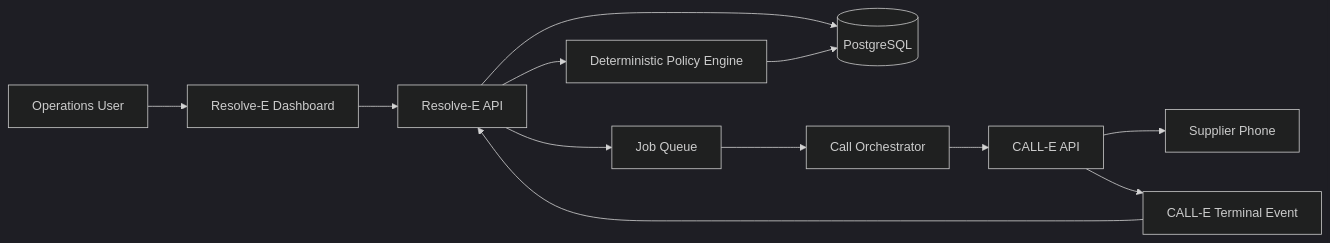
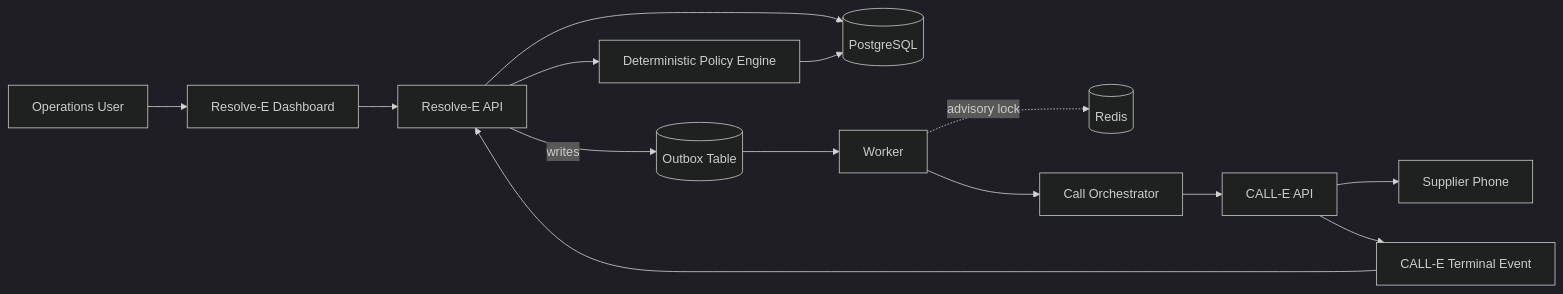
One commit to Unknown1502/resolve-e-calle changed the first of 5 diagrams in docs/architecture/diagrams.md. Above: the diagram before and after it, drawn with Mermaid (dark theme). The commit also changed other lines of this file and 1 other file, not shown here.

Commit message:
Replace README's ASCII architecture diagram with a rendered Mermaid one
GitHub renders Mermaid natively, so the plain-text box diagram in
Architecture never showed as an actual picture. Rebuilt it as a Mermaid
flowchart with the same components and added the two paths the ASCII
version compressed into unlabeled corners: the outbox write and the
webhook/reconcile back-edges into CALL-E.

While rebuilding it, cross-checked against workers/runner.py and found
the existing docs/architecture/diagrams.md system-context diagram
mislabels Redis as the job queue. It isn't: the outbox table is the
queue, written in the same transaction as the state change that
produced it, which a Redis-backed queue cannot be. Redis is only an
advisory lock and wake-up nudge. Fixed that diagram to match, so the
two don't disagree with each other or with the source comment they're
both describing.

Both diagrams were rendered with @mermaid-js/mermaid-cli to confirm
they parse and lay out cleanly before committing.

````diff
--- a/docs/architecture/diagrams.md
+++ b/docs/architecture/diagrams.md
@@ -5,14 +5,16 @@
 ```mermaid
 flowchart LR
     O[Operations User] --> UI[Resolve-E Dashboard]
     UI --> API[Resolve-E API]
     API --> DB[(PostgreSQL)]
-    API --> Q[Job Queue]
-    Q --> ORCH[Call Orchestrator]
+    API -->|writes| OUT[(Outbox Table)]
+    OUT --> WRK[Worker]
+    WRK -. advisory lock .-> R[(Redis)]
+    WRK --> ORCH[Call Orchestrator]
     ORCH --> CE[CALL-E API]
     CE --> PHONE[Supplier Phone]
     CE --> WH[CALL-E Terminal Event]
     WH --> API
     API --> POLICY[Deterministic Policy Engine]
     POLICY --> DB
 ```
````
